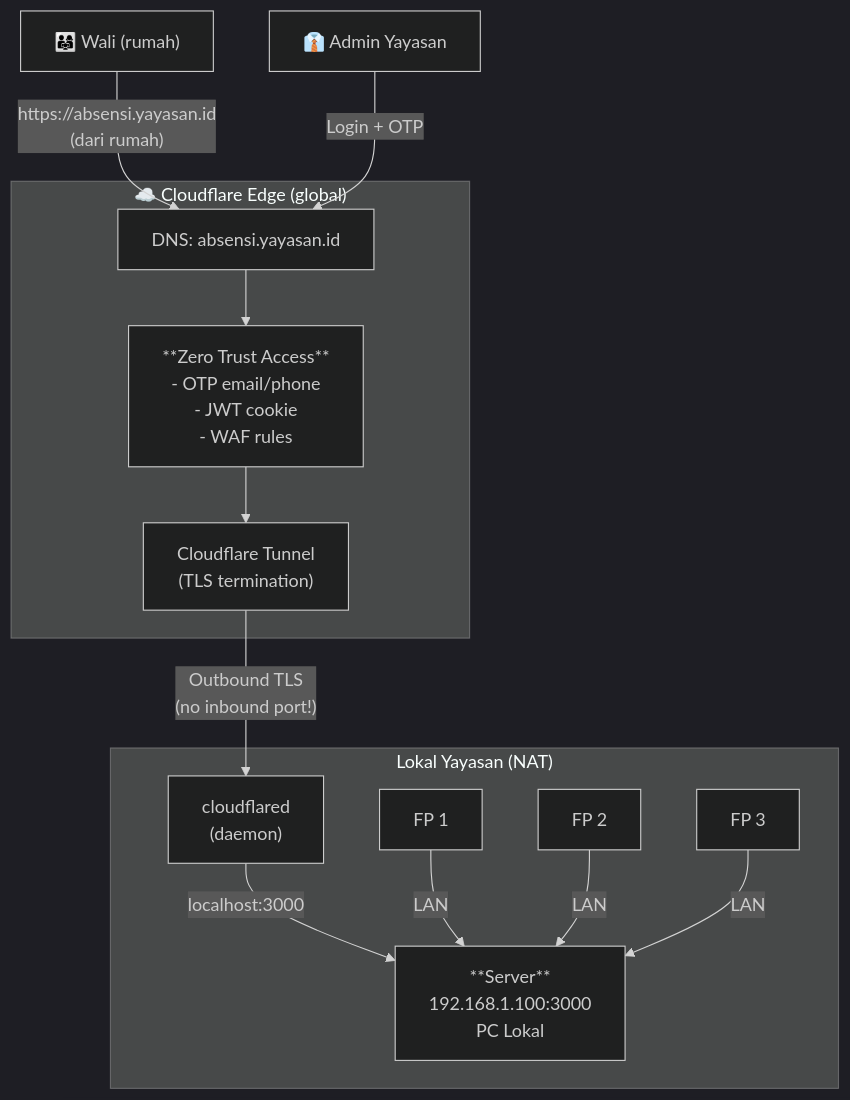
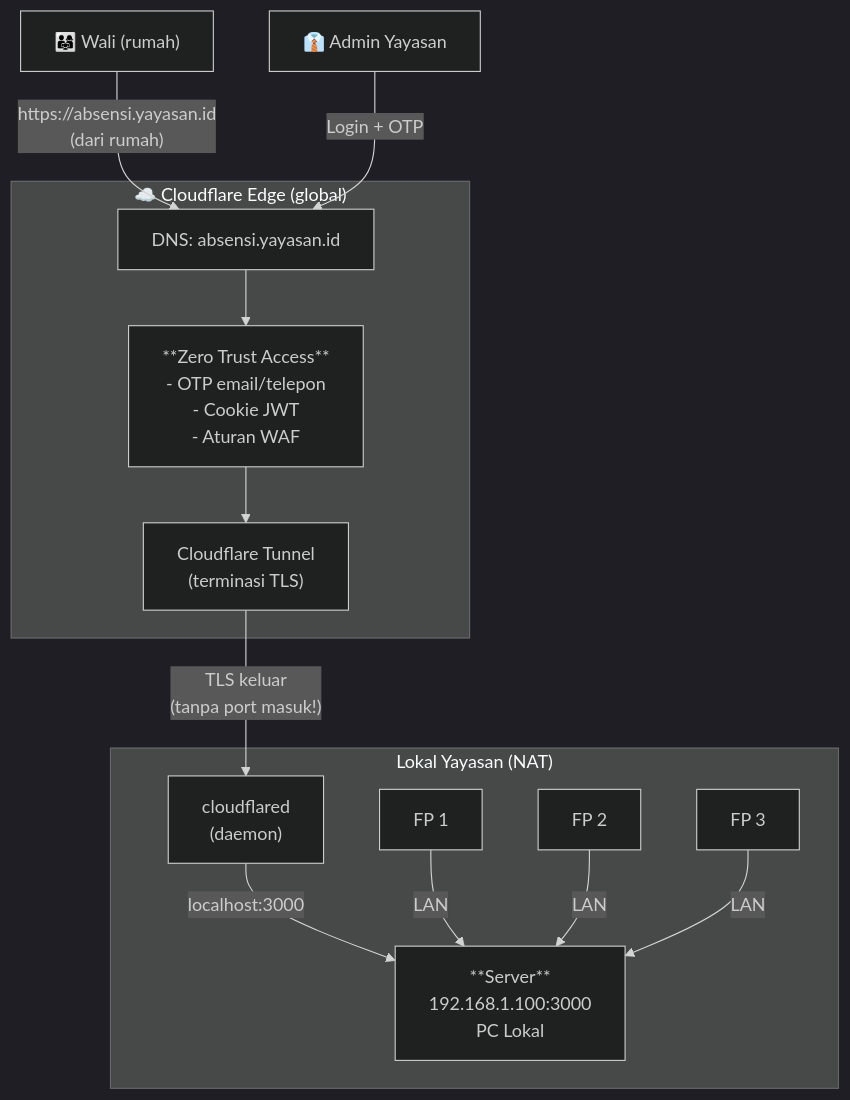
Before and after one commit to RaiKanaeru/ai-agents-vault: the second of 4 diagrams in 60-Blueprints/SERVER_NETWORK_DEPLOYMENT.md, drawn with Mermaid (dark theme). The commit also changed other lines of this file and 41 other files, not shown here.

````diff
--- a/60-Blueprints/SERVER_NETWORK_DEPLOYMENT.md
+++ b/60-Blueprints/SERVER_NETWORK_DEPLOYMENT.md
@@ -108,30 +108,30 @@
 ```mermaid
 flowchart TB
     subgraph CLOUDFLARE["☁️ Cloudflare Edge (global)"]
         DNS["DNS: absensi.yayasan.id"]
-        ZT["**Zero Trust Access**<br/>- OTP email/phone<br/>- JWT cookie<br/>- WAF rules"]
-        CF_TUNNEL["Cloudflare Tunnel<br/>(TLS termination)"]
+        ZT["**Zero Trust Access**<br/>- OTP email/telepon<br/>- Cookie JWT<br/>- Aturan WAF"]
+        CF_TUNNEL["Cloudflare Tunnel<br/>(terminasi TLS)"]
     end
 
     subgraph LOKAL["Lokal Yayasan (NAT)"]
         CR["cloudflared<br/>(daemon)"]
         SRV["**Server**<br/>192.168.1.100:3000<br/>PC Lokal"]
         FP1[FP 1]
         FP2[FP 2]
         FP3[FP 3]
     end
 
     W["👨‍👩‍👧 Wali (rumah)"]
     ADMIN["👔 Admin Yayasan"]
 
     W -->|"https://absensi.yayasan.id<br/>(dari rumah)"| DNS
     ADMIN -->|"Login + OTP"| DNS
     DNS --> ZT
     ZT --> CF_TUNNEL
-    CF_TUNNEL -->|"Outbound TLS<br/>(no inbound port!)"| CR
-    CR -->|localhost:3000| SRV
+    CF_TUNNEL -->|"TLS keluar<br/>(tanpa port masuk!)"| CR
+    CR -->|"localhost:3000"| SRV
 
     FP1 -->|LAN| SRV
     FP2 -->|LAN| SRV
     FP3 -->|LAN| SRV
 ```
````
